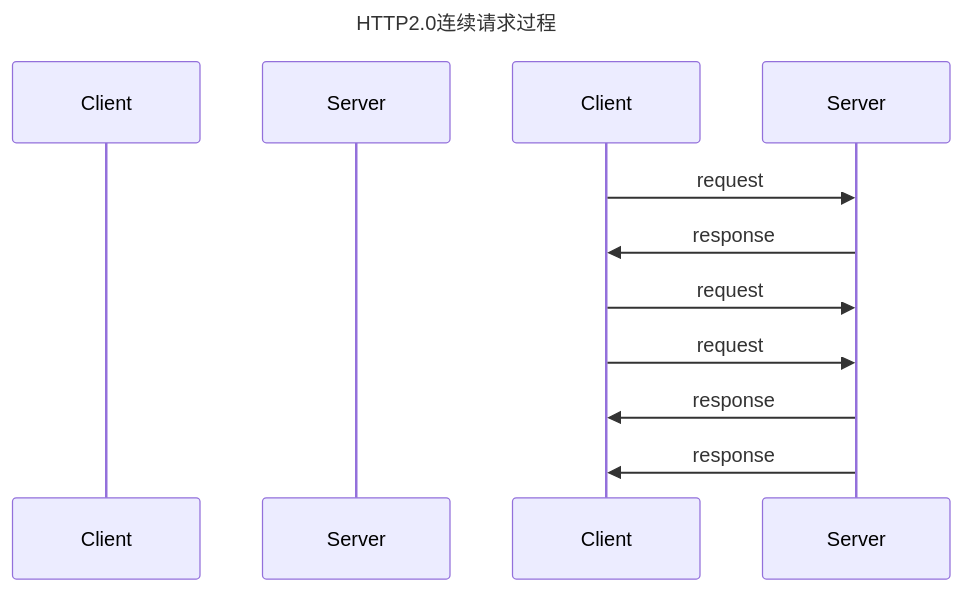
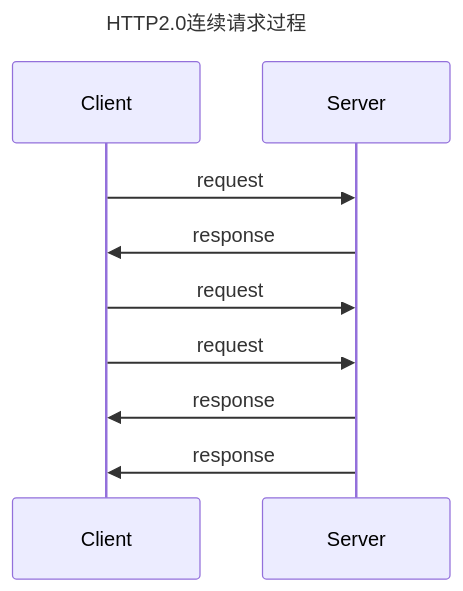
Before and after one commit to DogerRain/HelloCoder: the diagram in docs/01.LearnJavaToFindAJob/02.【初级】6~12k档/06.计算机网络/HTTP和TCP的keep-alive区别.md, drawn with Mermaid. The commit also changed 11 other files, not shown here.

````diff
--- a/docs/01.LearnJavaToFindAJob/02.【初级】6~12k档/06.计算机网络/HTTP和TCP的keep-alive区别.md
+++ b/docs/01.LearnJavaToFindAJob/02.【初级】6~12k档/06.计算机网络/HTTP和TCP的keep-alive区别.md
@@ -63,14 +63,10 @@
 ```mermaid
 sequenceDiagram
 Title: HTTP2.0连续请求过程
-participant consumer as Client
-participant store as Server
 Client->>Server: request
 Server->>Client: response
-
-
 Client->>Server: request
 Client->>Server: request
 Server->>Client: response
 Server->>Client: response
 ```
````
